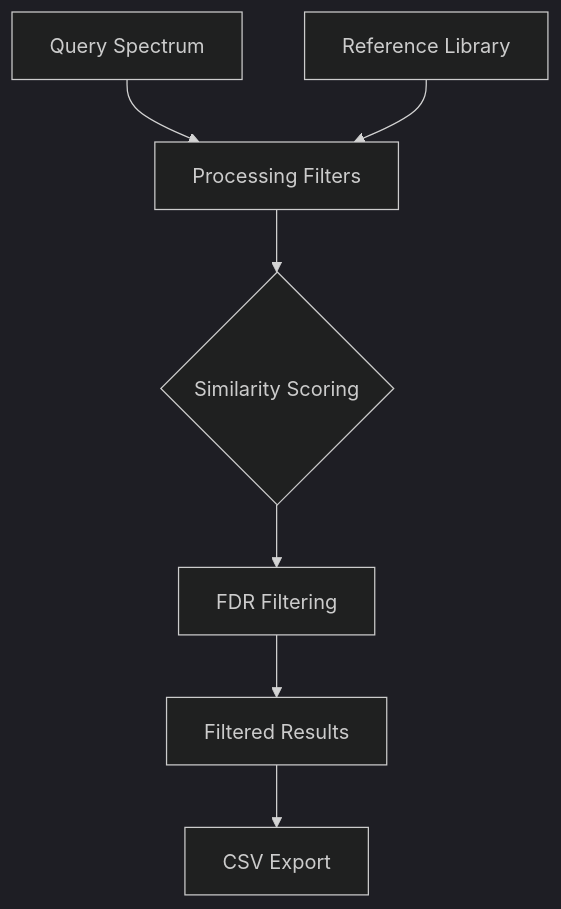
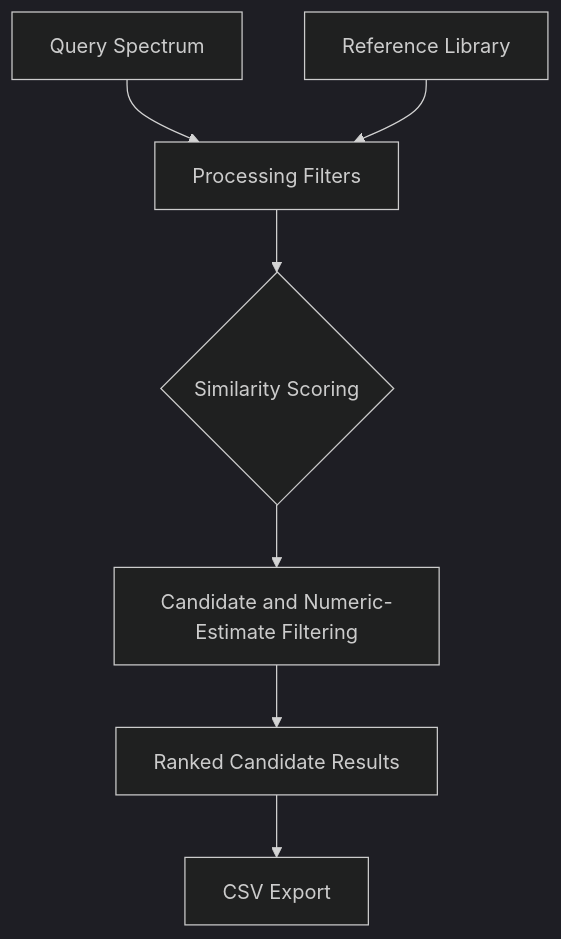
Before and after one commit to janusson/MassFlow: the second of 4 diagrams in docs/summary_diagrams.md, drawn with Mermaid (dark theme). The commit also changed 31 other files, not shown here.

````diff
--- a/docs/summary_diagrams.md
+++ b/docs/summary_diagrams.md
@@ -20,9 +20,9 @@
 ```mermaid
 graph TD
     Exp[Query Spectrum] --> Clean[Processing Filters]
     Ref[Reference Library] --> Clean
     Clean --> Sim{Similarity Scoring}
-    Sim --> FDR[FDR Filtering]
-    FDR --> Results[Filtered Results]
+    Sim --> FDR[Candidate and Numeric-Estimate Filtering]
+    FDR --> Results[Ranked Candidate Results]
     Results --> CSV[CSV Export]
 ```
````
